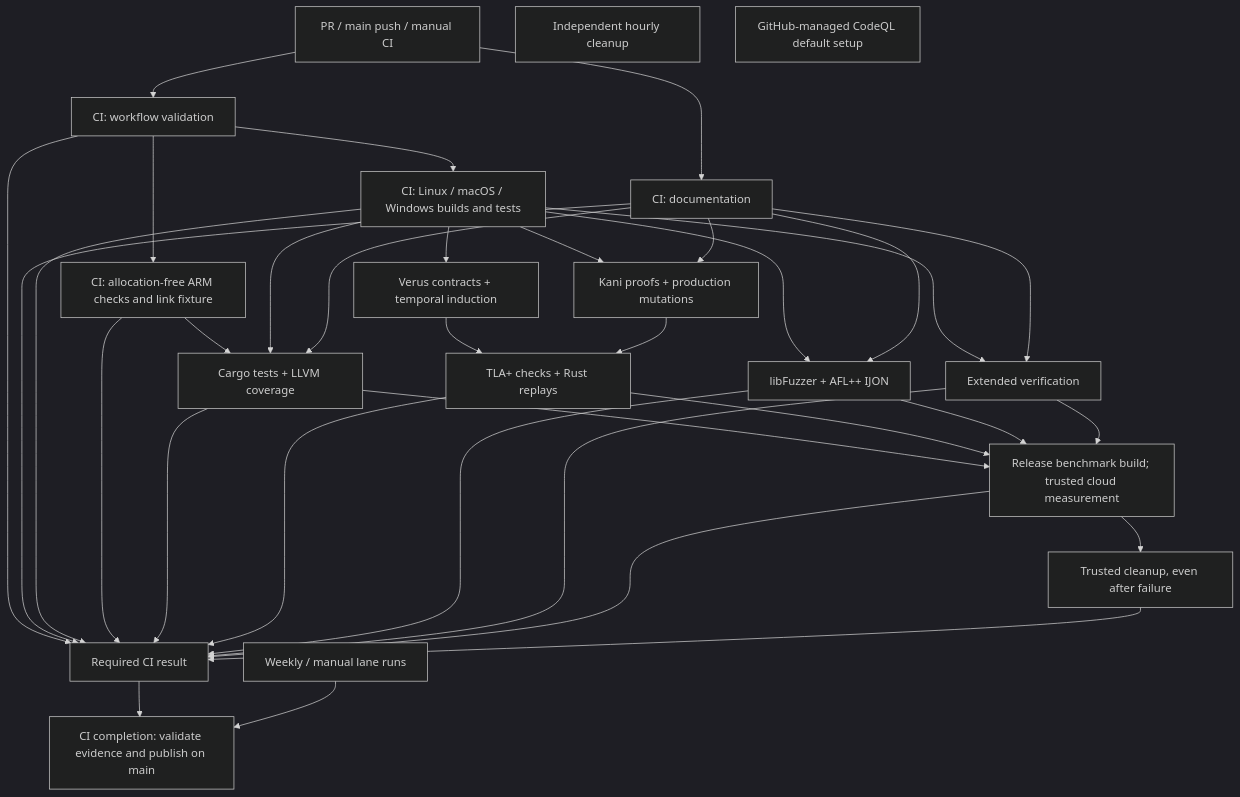
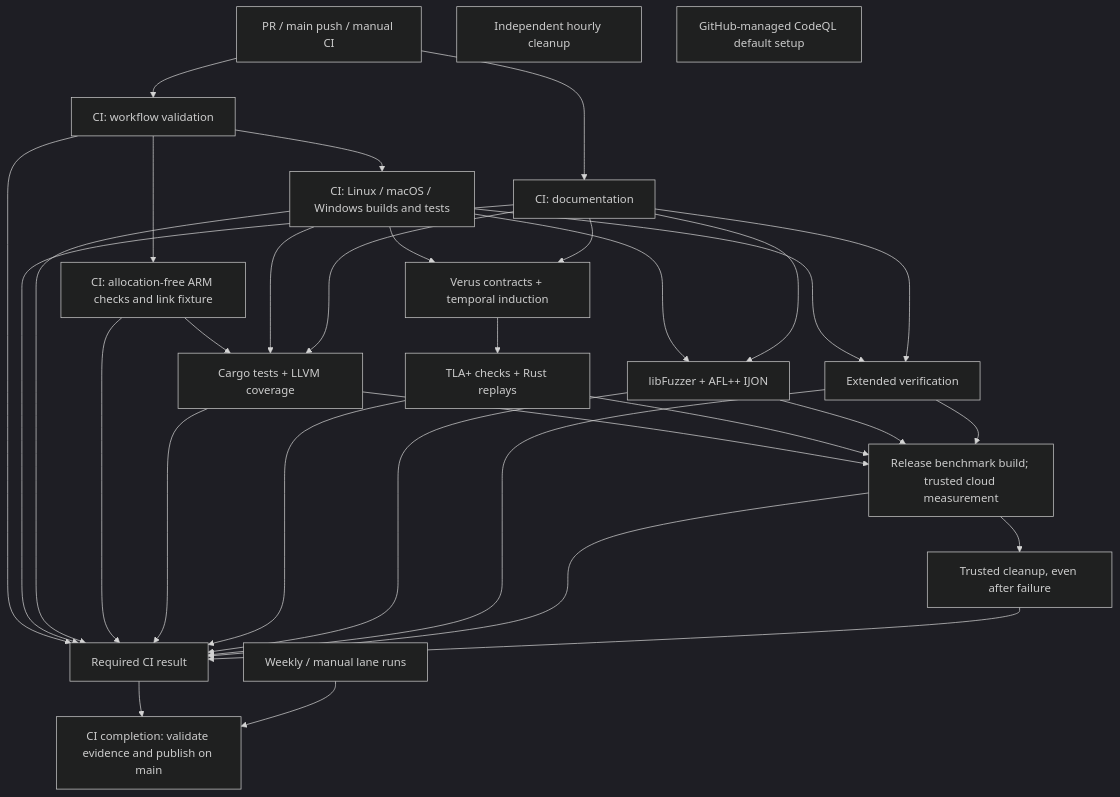
One commit to DericHuynh/capntproto changed the diagram in docs/wiki/Quality-and-Benchmarks.md. Above: the diagram before and after it, drawn with Mermaid (dark theme). The commit also changed other lines of this file and 104 other files, not shown here.

````diff
--- a/docs/wiki/Quality-and-Benchmarks.md
+++ b/docs/wiki/Quality-and-Benchmarks.md
@@ -100,23 +100,21 @@
 ```mermaid
 flowchart TD
   event[PR / main push / manual CI] --> checks[CI: workflow validation]
   event --> docs[CI: documentation]
   checks --> platforms[CI: Linux / macOS / Windows builds and tests]
   checks --> portable[CI: allocation-free ARM checks and link fixture]
   portable --> cargo
   platforms --> cargo[Cargo tests + LLVM coverage]
-  platforms --> kani[Kani proofs + production mutations]
   platforms --> verus[Verus contracts + temporal induction]
-  verus --> models
-  kani --> models[TLA+ checks + Rust replays]
+  verus --> models[TLA+ checks + Rust replays]
   platforms --> fuzz[libFuzzer + AFL++ IJON]
   platforms --> extended[Extended verification]
-  docs --> cargo & kani & fuzz & extended
+  docs --> cargo & verus & fuzz & extended
   cargo & models & fuzz & extended --> benchmark[Release benchmark build; trusted cloud measurement]
   benchmark --> cleanup[Trusted cleanup, even after failure]
   checks & docs & platforms & portable & cargo & models & fuzz & extended & benchmark & cleanup --> result[Required CI result]
   result --> publish[CI completion: validate evidence and publish on main]
   standalone[Weekly / manual lane runs] --> publish
   janitor[Independent hourly cleanup]
   codeql[GitHub-managed CodeQL default setup]
 ```
````
